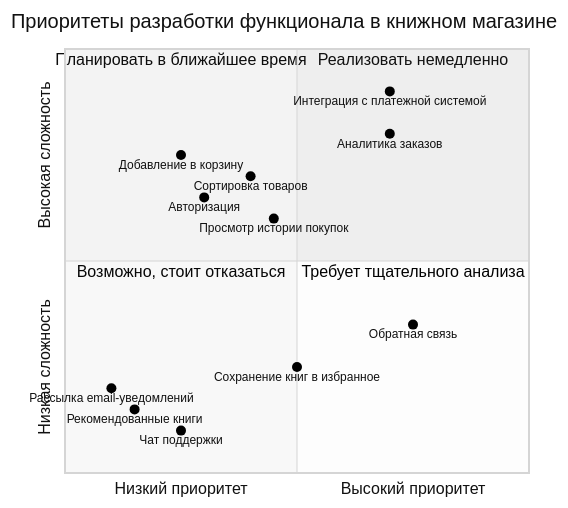
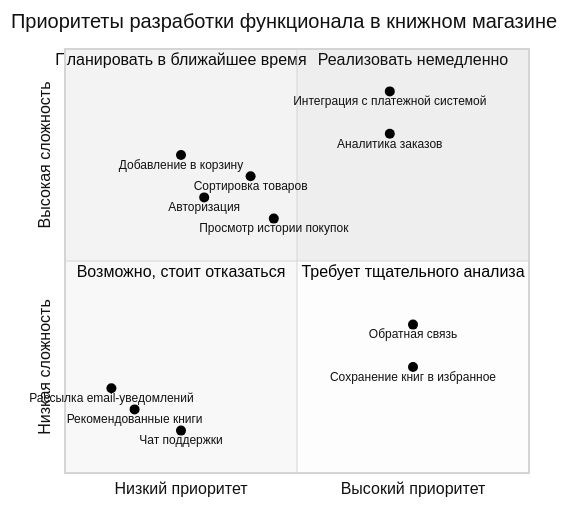
One commit to akneshoot/ShopWeb changed the third of 3 diagrams in README.md. Above: the diagram before and after it, drawn with Mermaid (neutral theme).

````diff
--- a/README.md
+++ b/README.md
@@ -79,23 +79,23 @@
 ```mermaid
 quadrantChart
     title Приоритеты разработки функционала в книжном магазине
     x-axis "Низкий приоритет" --> "Высокий приоритет"
     y-axis "Низкая сложность" --> "Высокая сложность"
     quadrant-1 "Реализовать немедленно"
     quadrant-2 "Планировать в ближайшее время"
     quadrant-3 "Возможно, стоит отказаться"
     quadrant-4 "Требует тщательного анализа"
     "Чат поддержки": [0.25, 0.10]
     "Обратная связь": [0.75, 0.35]
     "Просмотр истории покупок": [0.45, 0.60]
     "Аналитика заказов": [0.70, 0.80]
     "Интеграция с платежной системой": [0.70, 0.90]
     "Добавление в корзину": [0.25, 0.75]
     "Авторизация": [0.30, 0.65]
     "Сортировка товаров": [0.40, 0.70]
     "Рекомендованные книги": [0.15, 0.15]
-    "Сохранение книг в избранное": [0.50, 0.25]
+    "Сохранение книг в избранное": [0.75, 0.25]
     "Рассылка email-уведомлений": [0.10, 0.20]
 
 
 ```
````
